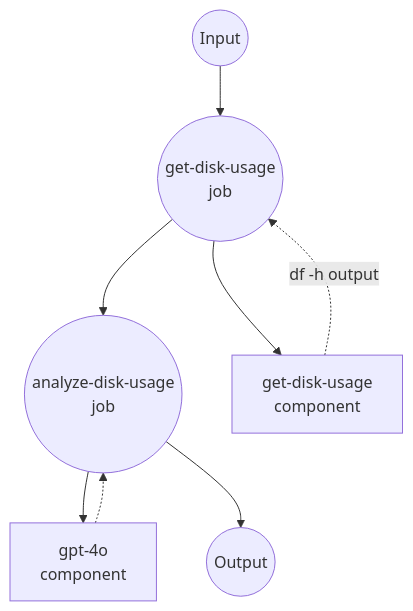
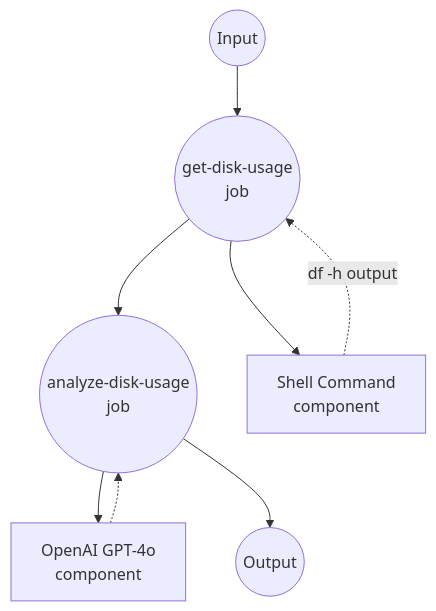
One commit to hanyeol/model-compose changed the diagram in examples/analyze-disk-usage/README.md. Above: the diagram before and after it, drawn with Mermaid. The commit also changed 21 other files, not shown here.

````diff
--- a/examples/analyze-disk-usage/README.md
+++ b/examples/analyze-disk-usage/README.md
@@ -86,23 +86,23 @@
 ```mermaid
 graph TD
     %% Jobs (circles)
     J1((get-disk-usage<br/>job))
     J2((analyze-disk-usage<br/>job))
 
     %% Components (rectangles)
-    C1[get-disk-usage<br/>component]
-    C2[gpt-4o<br/>component]
+    C1[Shell Command<br/>component]
+    C2[OpenAI GPT-4o<br/>component]
 
     %% Job to component connections (solid: invokes, dotted: returns)
     J1 --> C1
     C1 -.-> |df -h output| J1
     J2 --> C2
     C2 -.-> J2
 
     %% Job flow
     J1 --> J2
 
     %% Input/Output
     Input((Input)) --> J1
     J2 --> Output((Output))
 ```
````
